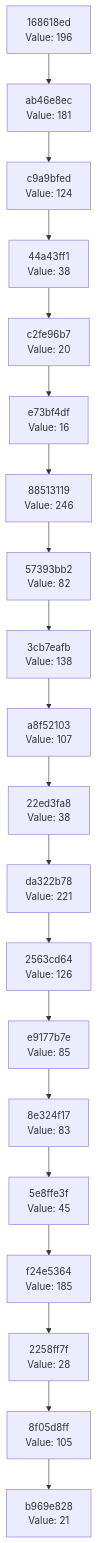
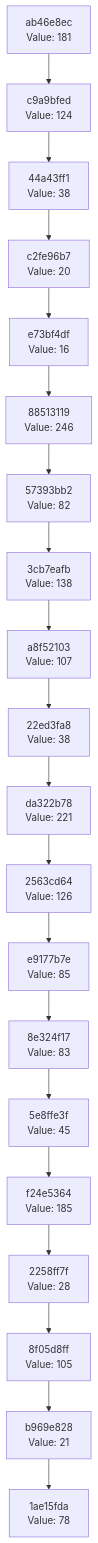
One commit to Abhisheksinha1506/hash-chain-evolver changed the diagram in docs/CHAIN_VISUALIZATION.md. Above: the diagram before and after it, drawn with Mermaid. The commit also changed 3 other files, not shown here.

````diff
--- a/docs/CHAIN_VISUALIZATION.md
+++ b/docs/CHAIN_VISUALIZATION.md
@@ -3,42 +3,42 @@
 ```mermaid
 graph TD
-    C0["b969e828<br/>Value: 21"]
-    C1["8f05d8ff<br/>Value: 105"]
+    C0["1ae15fda<br/>Value: 78"]
+    C1["b969e828<br/>Value: 21"]
     C1 --> C0
-    C2["2258ff7f<br/>Value: 28"]
+    C2["8f05d8ff<br/>Value: 105"]
     C2 --> C1
-    C3["f24e5364<br/>Value: 185"]
+    C3["2258ff7f<br/>Value: 28"]
     C3 --> C2
-    C4["5e8ffe3f<br/>Value: 45"]
+    C4["f24e5364<br/>Value: 185"]
     C4 --> C3
-    C5["8e324f17<br/>Value: 83"]
+    C5["5e8ffe3f<br/>Value: 45"]
     C5 --> C4
-    C6["e9177b7e<br/>Value: 85"]
+    C6["8e324f17<br/>Value: 83"]
     C6 --> C5
-    C7["2563cd64<br/>Value: 126"]
+    C7["e9177b7e<br/>Value: 85"]
     C7 --> C6
-    C8["da322b78<br/>Value: 221"]
+    C8["2563cd64<br/>Value: 126"]
     C8 --> C7
-    C9["22ed3fa8<br/>Value: 38"]
+    C9["da322b78<br/>Value: 221"]
     C9 --> C8
-    C10["a8f52103<br/>Value: 107"]
+    C10["22ed3fa8<br/>Value: 38"]
     C10 --> C9
-    C11["3cb7eafb<br/>Value: 138"]
+    C11["a8f52103<br/>Value: 107"]
     C11 --> C10
-    C12["57393bb2<br/>Value: 82"]
+    C12["3cb7eafb<br/>Value: 138"]
     C12 --> C11
-    C13["88513119<br/>Value: 246"]
+    C13["57393bb2<br/>Value: 82"]
     C13 --> C12
-    C14["e73bf4df<br/>Value: 16"]
+    C14["88513119<br/>Value: 246"]
     C14 --> C13
-    C15["c2fe96b7<br/>Value: 20"]
+    C15["e73bf4df<br/>Value: 16"]
     C15 --> C14
-    C16["44a43ff1<br/>Value: 38"]
+    C16["c2fe96b7<br/>Value: 20"]
     C16 --> C15
-    C17["c9a9bfed<br/>Value: 124"]
+    C17["44a43ff1<br/>Value: 38"]
     C17 --> C16
-    C18["ab46e8ec<br/>Value: 181"]
+    C18["c9a9bfed<br/>Value: 124"]
     C18 --> C17
-    C19["168618ed<br/>Value: 196"]
+    C19["ab46e8ec<br/>Value: 181"]
     C19 --> C18
 ```
````
